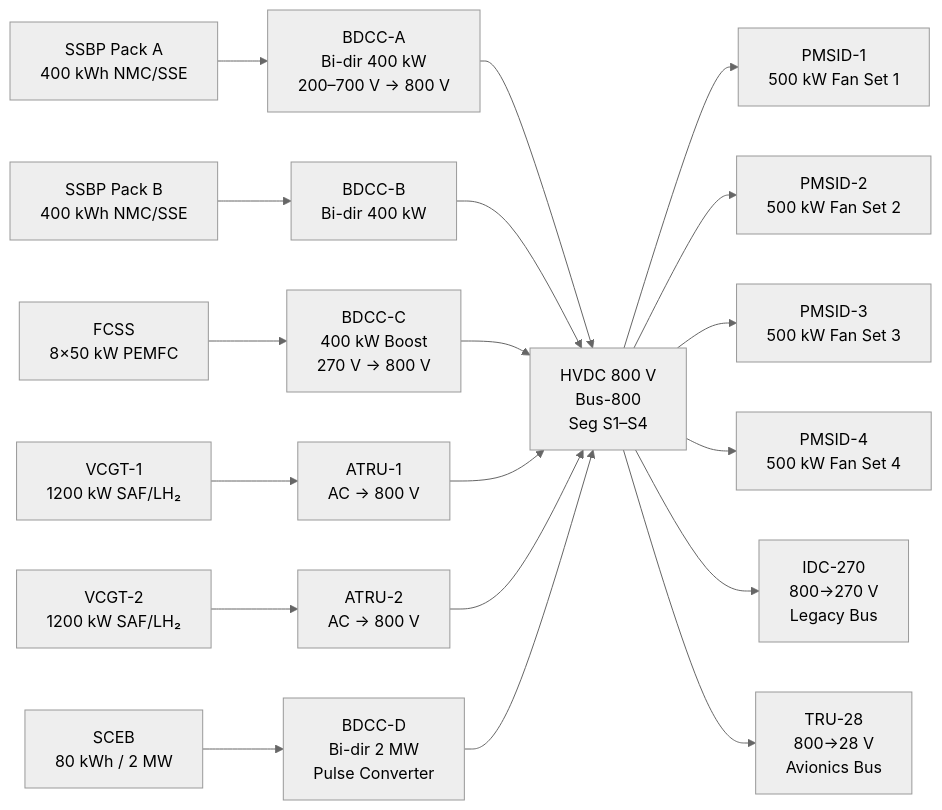
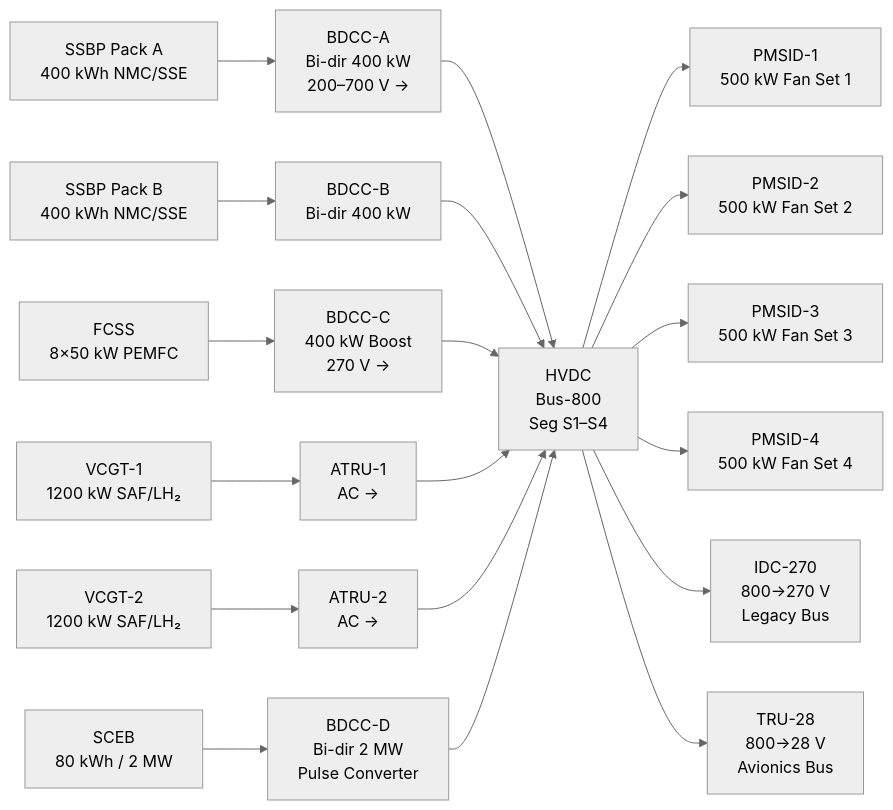
The diagram in Q+ATLANTIDE/000-099_ATLAS/080-089_Propulsion-Alternativa-y-Cuantica/084_Hybrid-Architectures-Beyond-Gen-2/084-020-Advanced-Hybrid-Propulsion-Topology.md (AmedeoPelliccia/Qplus-For-All-Queer-People-and-Quantum), drawn with Mermaid (neutral theme) before and after one commit. The commit also changed other lines of this file and 676 other files, not shown here.

````diff
--- a/Q+ATLANTIDE/000-099_ATLAS/080-089_Propulsion-Alternativa-y-Cuantica/084_Hybrid-Architectures-Beyond-Gen-2/084-020-Advanced-Hybrid-Propulsion-Topology.md
+++ b/Q+ATLANTIDE/000-099_ATLAS/080-089_Propulsion-Alternativa-y-Cuantica/084_Hybrid-Architectures-Beyond-Gen-2/084-020-Advanced-Hybrid-Propulsion-Topology.md
@@ -92,21 +93,21 @@
 ```mermaid
 flowchart LR
-    SSBP_A[SSBP Pack A\n400 kWh NMC/SSE] --> BDCC_A[BDCC-A\nBi-dir 400 kW\n200–700 V → 800 V]
+    SSBP_A[SSBP Pack A\n400 kWh NMC/SSE] --> BDCC_A[BDCC-A\nBi-dir 400 kW\n200–700 V → <NOMINAL-VOLTAGE>]
     SSBP_B[SSBP Pack B\n400 kWh NMC/SSE] --> BDCC_B[BDCC-B\nBi-dir 400 kW]
-    FCSS[FCSS\n8×50 kW PEMFC] --> BDCC_C[BDCC-C\n400 kW Boost\n270 V → 800 V]
-    VCGT_1[VCGT-1\n1200 kW SAF/LH₂] --> ATRU_1[ATRU-1\nAC → 800 V]
-    VCGT_2[VCGT-2\n1200 kW SAF/LH₂] --> ATRU_2[ATRU-2\nAC → 800 V]
+    FCSS[FCSS\n8×50 kW PEMFC] --> BDCC_C[BDCC-C\n400 kW Boost\n270 V → <NOMINAL-VOLTAGE>]
+    VCGT_1[VCGT-1\n1200 kW SAF/LH₂] --> ATRU_1[ATRU-1\nAC → <NOMINAL-VOLTAGE>]
+    VCGT_2[VCGT-2\n1200 kW SAF/LH₂] --> ATRU_2[ATRU-2\nAC → <NOMINAL-VOLTAGE>]
     SCEB[SCEB\n80 kWh / 2 MW] --> BDCC_D[BDCC-D\nBi-dir 2 MW\nPulse Converter]
-    BDCC_A --> BUS800[HVDC 800 V\nBus-800\nSeg S1–S4]
+    BDCC_A --> BUS800[HVDC <NOMINAL-VOLTAGE>\nBus-800\nSeg S1–S4]
     BDCC_B --> BUS800
     BDCC_C --> BUS800
     ATRU_1 --> BUS800
     ATRU_2 --> BUS800
     BDCC_D --> BUS800
     BUS800 --> PMSID_1[PMSID-1\n500 kW Fan Set 1]
     BUS800 --> PMSID_2[PMSID-2\n500 kW Fan Set 2]
     BUS800 --> PMSID_3[PMSID-3\n500 kW Fan Set 3]
     BUS800 --> PMSID_4[PMSID-4\n500 kW Fan Set 4]
     BUS800 --> IDC270[IDC-270\n800→270 V\nLegacy Bus]
     BUS800 --> TRU28[TRU-28\n800→28 V\nAvionics Bus]
 ```
````
